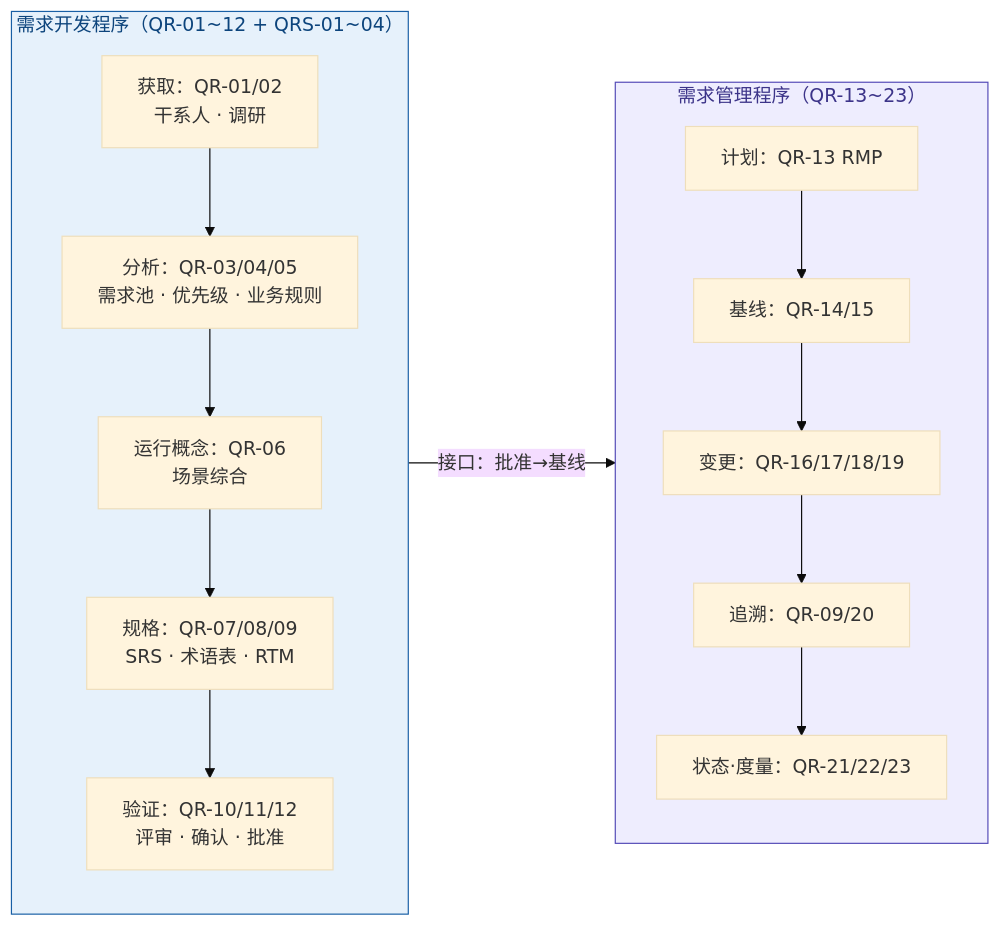
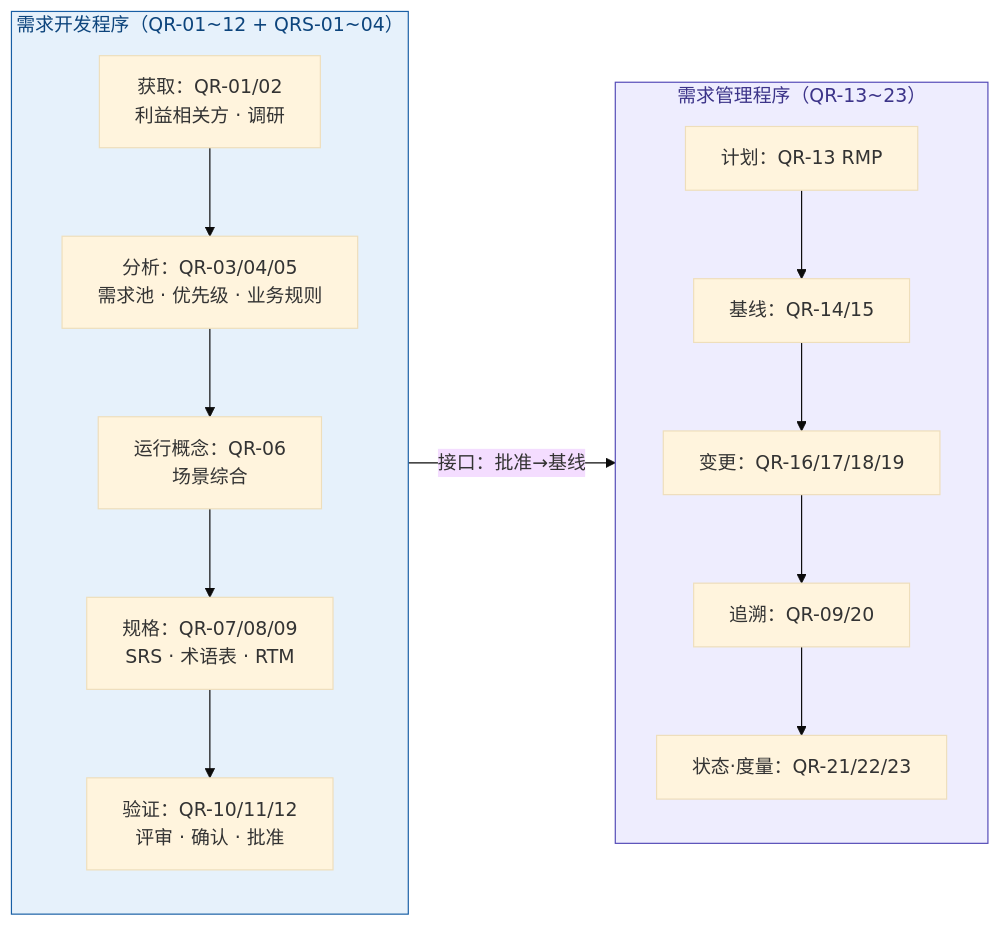
The ninth of 9 diagrams in 100-subprojects/01-系统工程研究/00-系统工程相关研究报告/02-需求工程概念研究报告-从需求开发到需求管理.md (Yongjunzhou/AOS-system-design), drawn with Mermaid (base theme) before and after one commit. The commit also changed other lines of this file and 38 other files, not shown here.

````diff
--- a/100-subprojects/01-系统工程研究/00-系统工程相关研究报告/02-需求工程概念研究报告-从需求开发到需求管理.md
+++ b/100-subprojects/01-系统工程研究/00-系统工程相关研究报告/02-需求工程概念研究报告-从需求开发到需求管理.md
@@ -315,24 +326,24 @@
 ```mermaid
 flowchart LR
     subgraph DEV["需求开发程序（QR-01~12 + QRS-01~04）"]
         direction TB
-        D1["获取：QR-01/02<br/>干系人 · 调研"]
+        D1["获取：QR-01/02<br/>利益相关方 · 调研"]
         D2["分析：QR-03/04/05<br/>需求池 · 优先级 · 业务规则"]
         D3["运行概念：QR-06<br/>场景综合"]
         D4["规格：QR-07/08/09<br/>SRS · 术语表 · RTM"]
         D5["验证：QR-10/11/12<br/>评审 · 确认 · 批准"]
         D1 --> D2 --> D3 --> D4 --> D5
     end
     subgraph MGT["需求管理程序（QR-13~23）"]
         direction TB
         M1["计划：QR-13 RMP"]
         M2["基线：QR-14/15"]
         M3["变更：QR-16/17/18/19"]
         M4["追溯：QR-09/20"]
         M5["状态·度量：QR-21/22/23"]
         M1 --> M2 --> M3 --> M4 --> M5
     end
     D5 -->|"接口：批准→基线"| M2
     style DEV fill:#E6F1FB,stroke:#185FA5,color:#0C447C
     style MGT fill:#EEEDFE,stroke:#534AB7,color:#3C3489
 ```
````
